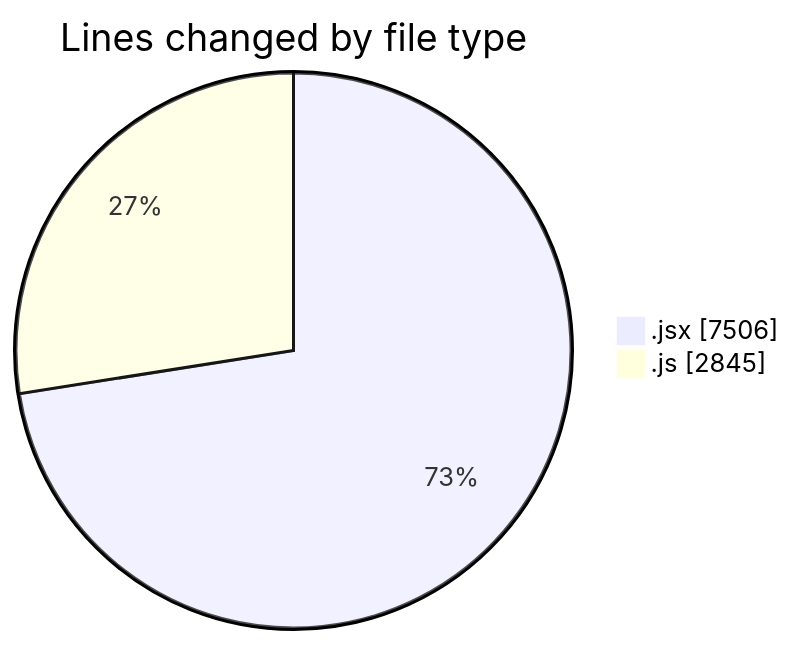
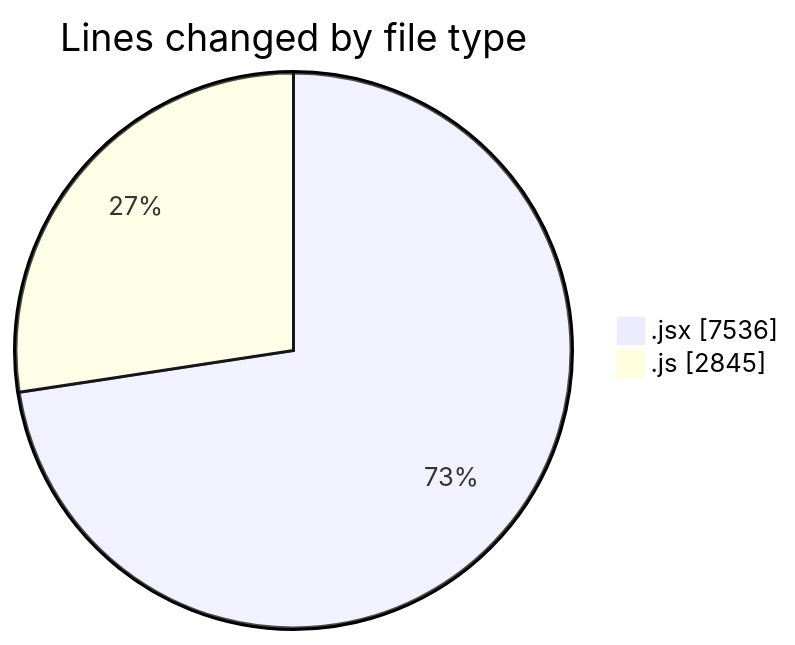
Before and after one commit to nxtqubesakshisongat/code-tracking: the first of 2 diagrams in 2025-08-04/nxtqube_webapp/README.md, drawn with Mermaid. The commit also changed other lines of this file and 1 other file, not shown here.

````diff
--- a/2025-08-04/nxtqube_webapp/README.md
+++ b/2025-08-04/nxtqube_webapp/README.md
@@ -44,6 +44,6 @@
 ```mermaid
 pie showData
 title Lines changed by file type
-".jsx" : 7506
+".jsx" : 7536
 ".js" : 2845
 ```
````
